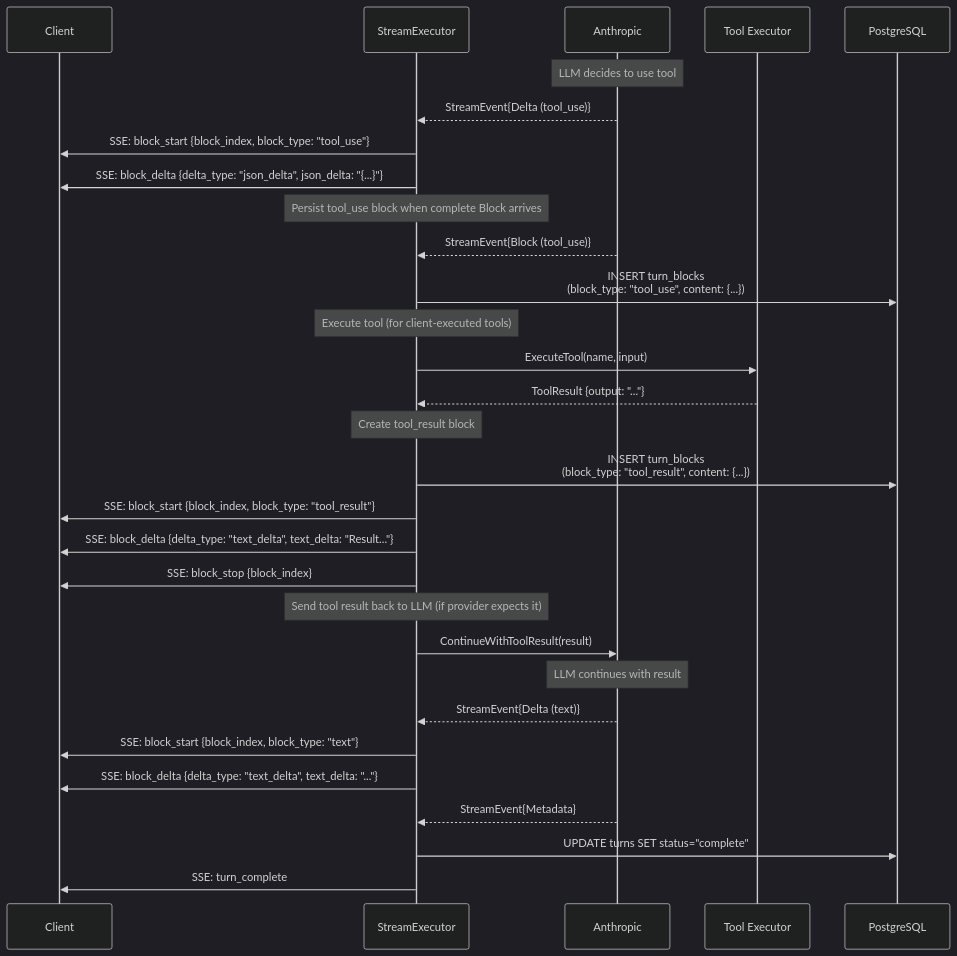
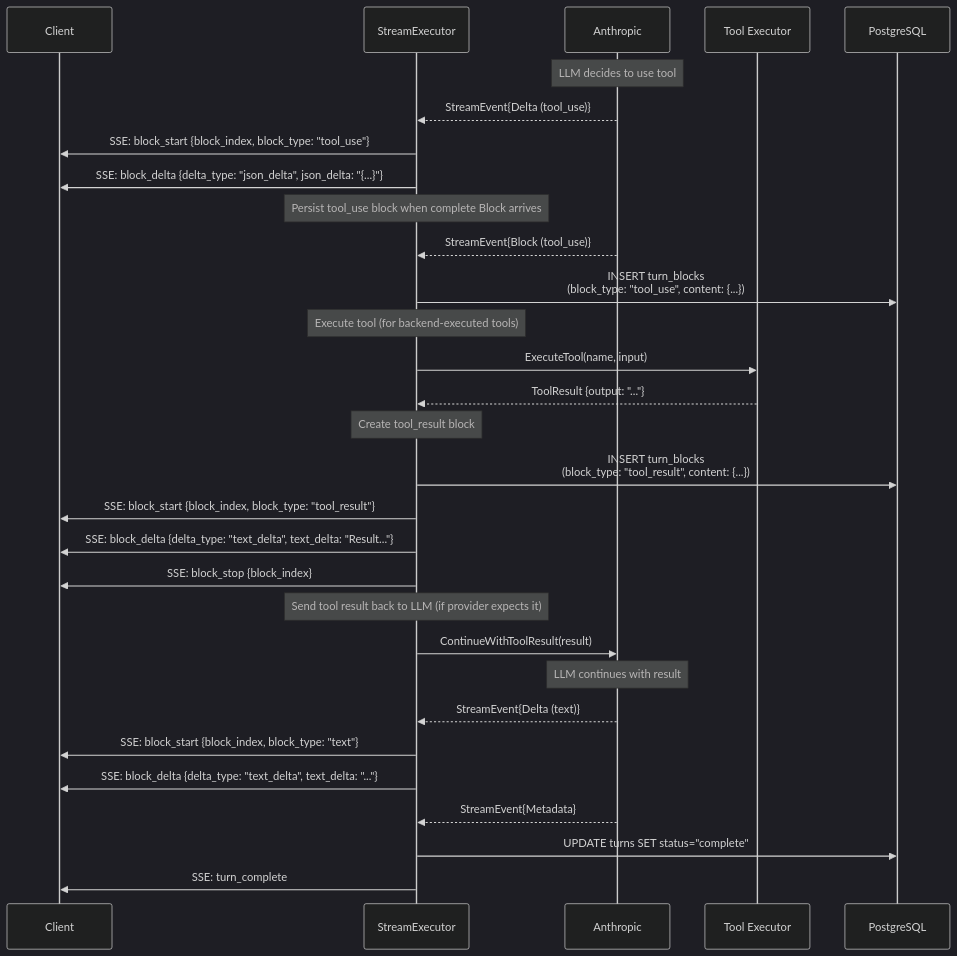
The diagram in _docs/technical/llm/streaming/tool-execution.md (haowjy/meridian), drawn with Mermaid (dark theme) before and after one commit. The commit also changed other lines of this file and 35 other files, not shown here.

First line of the commit message:
Enhance web search tool integration and refactor tool architecture

````diff
--- a/_docs/technical/llm/streaming/tool-execution.md
+++ b/_docs/technical/llm/streaming/tool-execution.md
@@ -12,45 +12,45 @@
 ```mermaid
 sequenceDiagram
     participant Client
     participant Executor as StreamExecutor
     participant Provider as Anthropic
     participant Tool as Tool Executor
     participant DB as PostgreSQL
 
     Note over Provider: LLM decides to use tool
 
     Provider-->>Executor: StreamEvent{Delta (tool_use)}
     Executor->>Client: SSE: block_start {block_index, block_type: "tool_use"}
     Executor->>Client: SSE: block_delta {delta_type: "json_delta", json_delta: "{...}"}
 
     Note over Executor: Persist tool_use block when complete Block arrives
 
     Provider-->>Executor: StreamEvent{Block (tool_use)}
     Executor->>DB: INSERT turn_blocks<br/>(block_type: "tool_use", content: {...})
 
-    Note over Executor: Execute tool (for client-executed tools)
+    Note over Executor: Execute tool (for backend-executed tools)
 
     Executor->>Tool: ExecuteTool(name, input)
     Tool-->>Executor: ToolResult {output: "..."}
 
     Note over Executor: Create tool_result block
 
     Executor->>DB: INSERT turn_blocks<br/>(block_type: "tool_result", content: {...})
     Executor->>Client: SSE: block_start {block_index, block_type: "tool_result"}
     Executor->>Client: SSE: block_delta {delta_type: "text_delta", text_delta: "Result..."}
     Executor->>Client: SSE: block_stop {block_index}
 
     Note over Executor: Send tool result back to LLM (if provider expects it)
 
     Executor->>Provider: ContinueWithToolResult(result)
 
     Note over Provider: LLM continues with result
 
     Provider-->>Executor: StreamEvent{Delta (text)}
     Executor->>Client: SSE: block_start {block_index, block_type: "text"}
     Executor->>Client: SSE: block_delta {delta_type: "text_delta", text_delta: "..."}
 
     Provider-->>Executor: StreamEvent{Metadata}
     Executor->>DB: UPDATE turns SET status="complete"
     Executor->>Client: SSE: turn_complete
 ```
````
